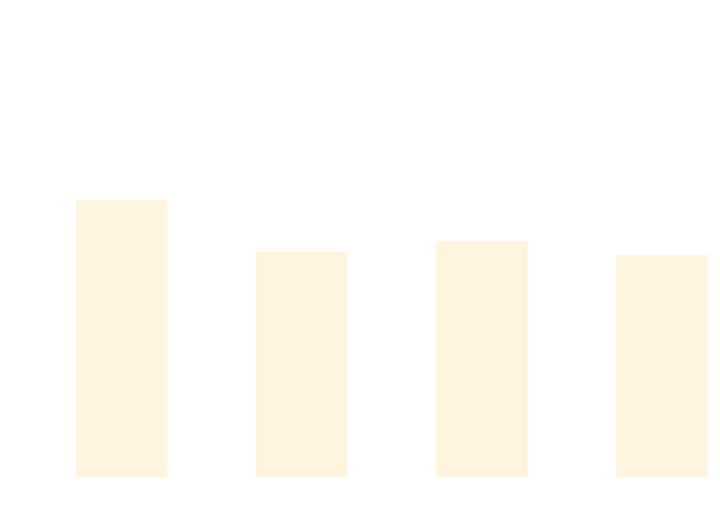
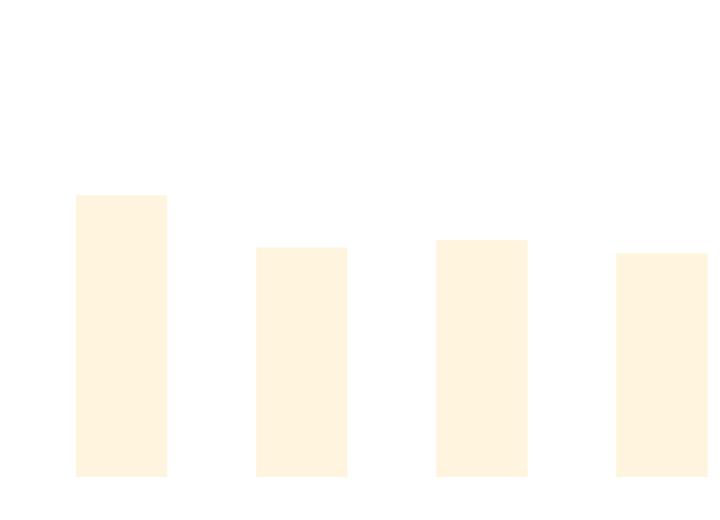
The diagram in docs/docs/benchmarks/BuildTime.md (thomhurst/TUnit), drawn with Mermaid before and after one commit. The commit also changed other lines of this file and 17 other files, not shown here.

````diff
--- a/docs/docs/benchmarks/BuildTime.md
+++ b/docs/docs/benchmarks/BuildTime.md
@@ -28,37 +28,37 @@
 ```mermaid
 %%{init: {
   'theme':'base',
   'themeVariables': {
     'primaryColor': '#2563eb',
     'primaryTextColor': '#ffffff',
     'primaryBorderColor': '#1e40af',
     'lineColor': '#6b7280',
     'secondaryColor': '#7c3aed',
     'tertiaryColor': '#dc2626',
     'background': '#ffffff',
     'mainBkg': '#2563eb',
     'secondBkg': '#7c3aed',
     'tertiaryBkg': '#dc2626',
     'clusterBkg': '#f3f4f6',
     'edgeLabelBackground': '#ffffff',
     'tertiaryTextColor': '#1f2937',
     'pie1': '#2563eb',
     'pie2': '#7c3aed',
     'pie3': '#dc2626',
     'pie4': '#f59e0b',
     'pie5': '#10b981',
     'pie6': '#06b6d4',
     'pie7': '#ec4899',
     'pie8': '#6366f1',
     'pie9': '#84cc16',
     'pie10': '#f97316',
     'pie11': '#14b8a6',
     'pie12': '#a855f7'
   }
 }}%%
 xychart-beta
   title "Build Time Comparison"
   x-axis ["Build_TUnit", "Build_NUnit", "Build_MSTest", "Build_xUnit3"]
   y-axis "Time (s)" 0 --> 3
-  bar [1.973, 1.594, 1.672, 1.571]
+  bar [2.008, 1.625, 1.681, 1.581]
 ```
````
